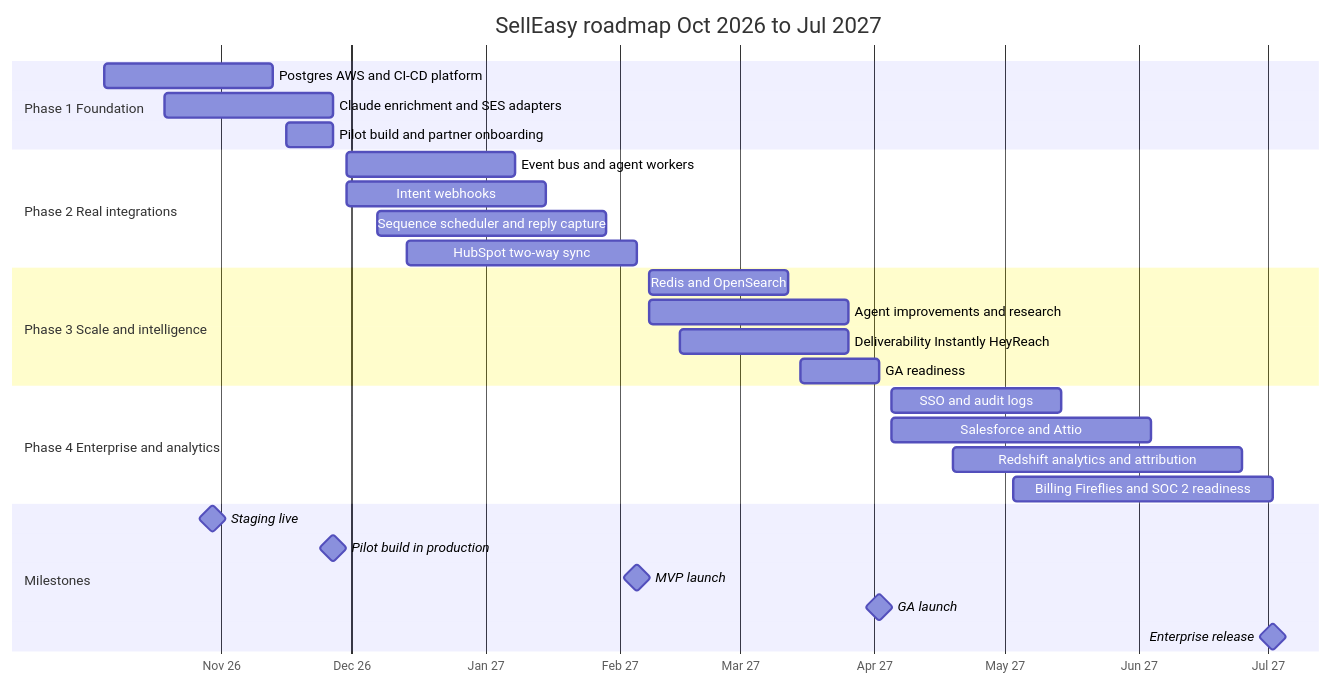
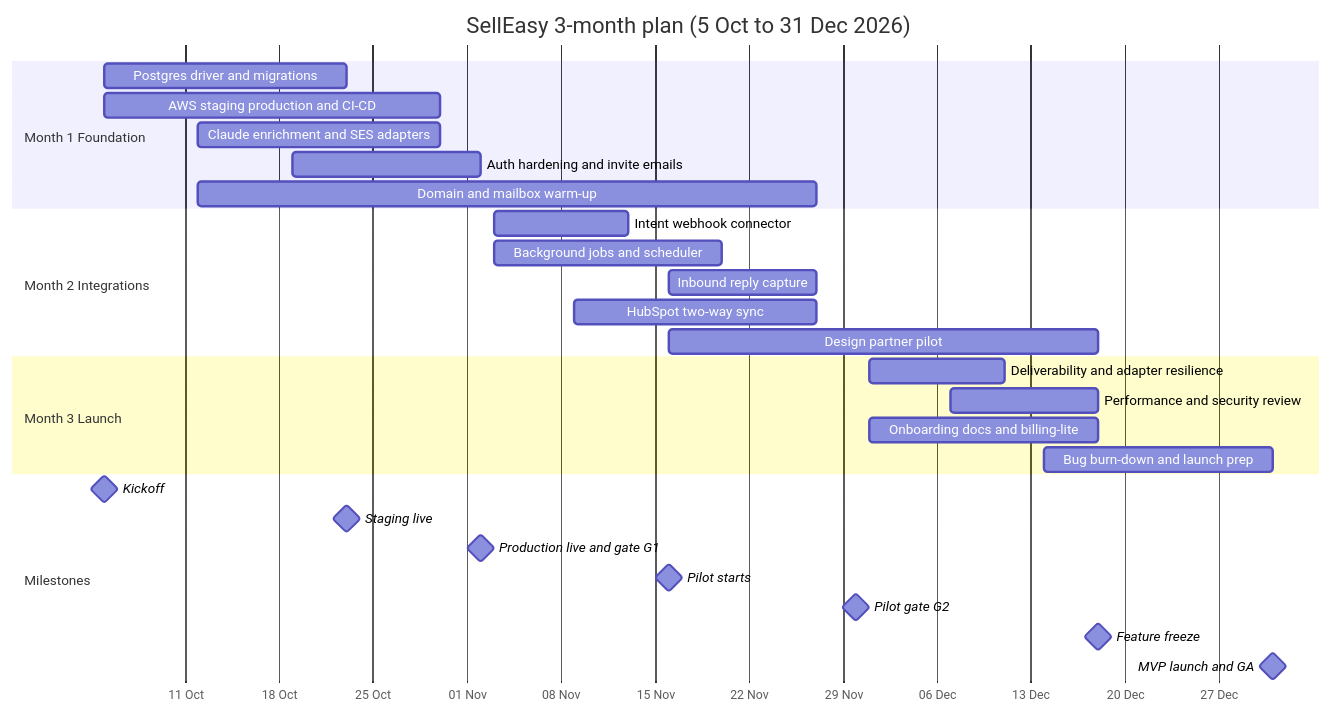
Before and after one commit to adarsh-dev-hs/sell-easy-docs: the first of 2 diagrams in content/docs/roadmap/index.mdx, drawn with Mermaid. The commit also changed other lines of this file and 35 other files, not shown here.

````diff
--- a/content/docs/roadmap/index.mdx
+++ b/content/docs/roadmap/index.mdx
@@ -35,31 +79,31 @@
 ```mermaid
 gantt
-  title SellEasy roadmap Oct 2026 to Jul 2027
+  title SellEasy 3-month plan (5 Oct to 31 Dec 2026)
   dateFormat YYYY-MM-DD
-  axisFormat %b %y
-  section Phase 1 Foundation
-  Postgres AWS and CI-CD platform       :p1a, 2026-10-05, 2026-11-13
-  Claude enrichment and SES adapters    :p1b, 2026-10-19, 2026-11-27
-  Pilot build and partner onboarding    :p1c, 2026-11-16, 2026-11-27
-  section Phase 2 Real integrations
-  Event bus and agent workers           :p2a, 2026-11-30, 2027-01-08
-  Intent webhooks                       :p2b, 2026-11-30, 2027-01-15
-  Sequence scheduler and reply capture  :p2c, 2026-12-07, 2027-01-29
-  HubSpot two-way sync                  :p2d, 2026-12-14, 2027-02-05
-  section Phase 3 Scale and intelligence
-  Redis and OpenSearch                  :p3a, 2027-02-08, 2027-03-12
-  Agent improvements and research       :p3b, 2027-02-08, 2027-03-26
-  Deliverability Instantly HeyReach     :p3c, 2027-02-15, 2027-03-26
-  GA readiness                          :p3d, 2027-03-15, 2027-04-02
-  section Phase 4 Enterprise and analytics
-  SSO and audit logs                    :p4a, 2027-04-05, 2027-05-14
-  Salesforce and Attio                  :p4b, 2027-04-05, 2027-06-04
-  Redshift analytics and attribution    :p4c, 2027-04-19, 2027-06-25
-  Billing Fireflies and SOC 2 readiness :p4d, 2027-05-03, 2027-07-02
+  axisFormat %d %b
+  section Month 1 Foundation
+  Postgres driver and migrations        :m1a, 2026-10-05, 2026-10-23
+  AWS staging production and CI-CD      :m1b, 2026-10-05, 2026-10-30
+  Claude enrichment and SES adapters    :m1c, 2026-10-12, 2026-10-30
+  Auth hardening and invite emails      :m1d, 2026-10-19, 2026-11-02
+  Domain and mailbox warm-up            :m1e, 2026-10-12, 2026-11-27
+  section Month 2 Integrations
+  Intent webhook connector              :m2a, 2026-11-03, 2026-11-13
+  Background jobs and scheduler         :m2b, 2026-11-03, 2026-11-20
+  Inbound reply capture                 :m2c, 2026-11-16, 2026-11-27
+  HubSpot two-way sync                  :m2d, 2026-11-09, 2026-11-27
+  Design partner pilot                  :m2e, 2026-11-16, 2026-12-18
+  section Month 3 Launch
+  Deliverability and adapter resilience :m3a, 2026-12-01, 2026-12-11
+  Performance and security review       :m3b, 2026-12-07, 2026-12-18
+  Onboarding docs and billing-lite      :m3c, 2026-12-01, 2026-12-18
+  Bug burn-down and launch prep         :m3d, 2026-12-14, 2026-12-31
   section Milestones
-  Staging live                          :milestone, 2026-10-30, 0d
-  Pilot build in production             :milestone, 2026-11-27, 0d
-  MVP launch                            :milestone, 2027-02-05, 0d
-  GA launch                             :milestone, 2027-04-02, 0d
-  Enterprise release                    :milestone, 2027-07-02, 0d
+  Kickoff                               :milestone, 2026-10-05, 0d
+  Staging live                          :milestone, 2026-10-23, 0d
+  Production live and gate G1           :milestone, 2026-11-02, 0d
+  Pilot starts                          :milestone, 2026-11-16, 0d
+  Pilot gate G2                         :milestone, 2026-11-30, 0d
+  Feature freeze                        :milestone, 2026-12-18, 0d
+  MVP launch and GA                     :milestone, 2026-12-31, 0d
 ```
````
